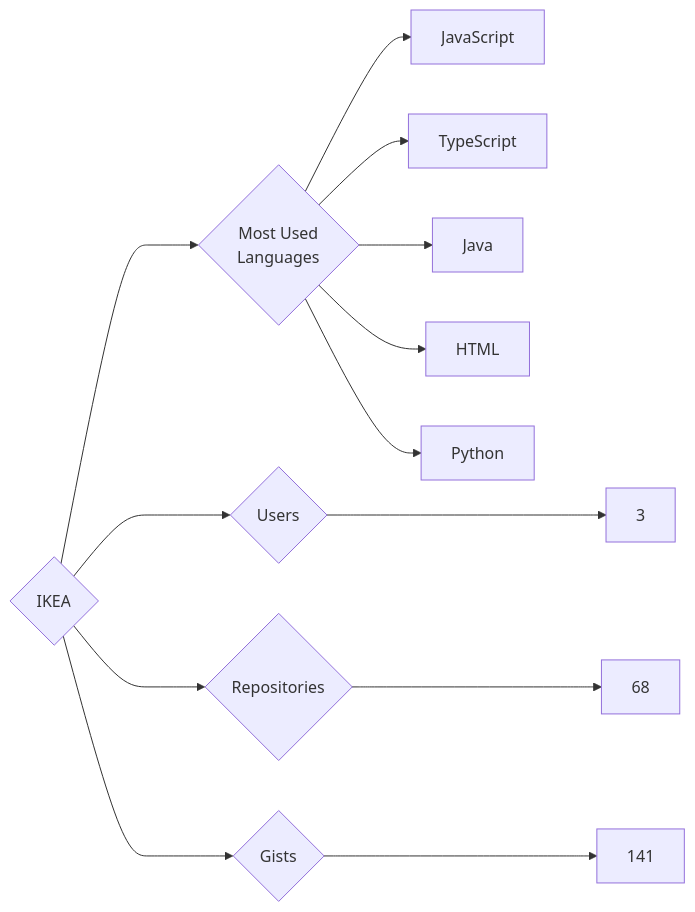
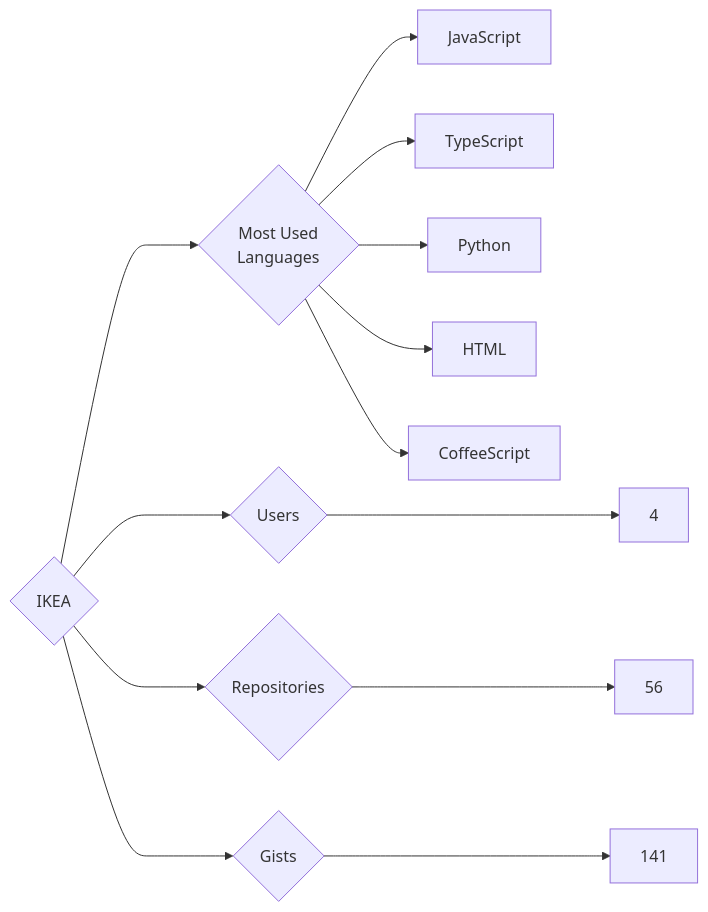
The diagram in targets/IKEA/README.md (trickest/insiders), drawn with Mermaid before and after one commit. The commit also changed 1020 other files, not shown here.

````diff
--- a/targets/IKEA/README.md
+++ b/targets/IKEA/README.md
@@ -3,13 +3,13 @@
 ```mermaid
 graph LR
 COMPANY_NAME{IKEA}
-COMPANY_NAME ---> U{Users} ---> UN[3]
-COMPANY_NAME ---> R{Repositories} ---> RN[68]
+COMPANY_NAME ---> U{Users} ---> UN[4]
+COMPANY_NAME ---> R{Repositories} ---> RN[56]
 COMPANY_NAME ---> G{Gists} ---> GN[141]
 COMPANY_NAME ---> ML{Most Used<br>Languages}
 ML --> JavaScript[JavaScript]
 ML --> TypeScript[TypeScript]
-ML --> Java[Java]
+ML --> Python[Python]
 ML --> HTML[HTML]
-ML --> Python[Python]
+ML --> CoffeeScript[CoffeeScript]
 ```
````
